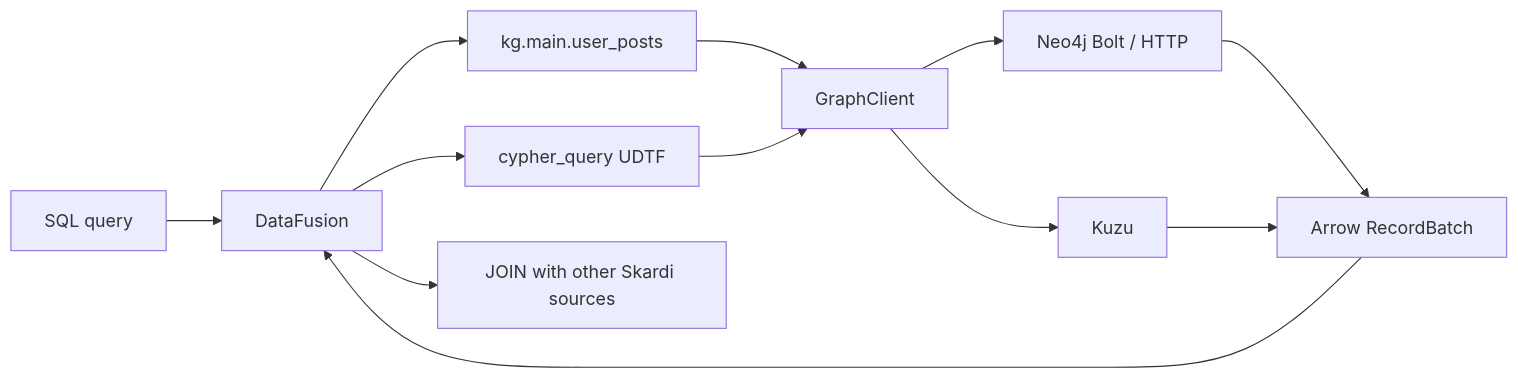
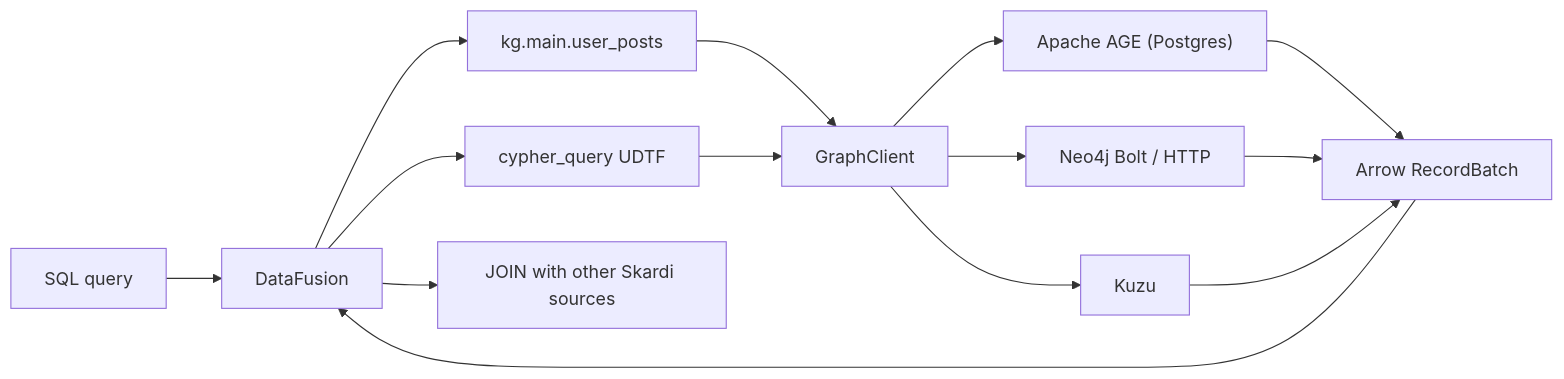
One commit to SkardiLabs/skardi changed the diagram in docs/superpowers/specs/2026-08-08-graph-engine-bypass-design.md. Above: the diagram before and after it, drawn with Mermaid. The commit also changed other lines of this file, not shown here.

````diff
--- a/docs/superpowers/specs/2026-08-08-graph-engine-bypass-design.md
+++ b/docs/superpowers/specs/2026-08-08-graph-engine-bypass-design.md
@@ -270,14 +301,16 @@
 ```mermaid
 flowchart LR
     SQL["SQL query"] --> DF["DataFusion"]
     DF --> Catalog["kg.main.user_posts"]
     DF --> UDTF["cypher_query UDTF"]
     Catalog --> Client["GraphClient"]
     UDTF --> Client
+    Client --> AGE["Apache AGE (Postgres)"]
     Client --> Neo4j["Neo4j Bolt / HTTP"]
     Client --> Kuzu["Kuzu"]
-    Neo4j --> Rows["Arrow RecordBatch"]
+    AGE --> Rows["Arrow RecordBatch"]
+    Neo4j --> Rows
     Kuzu --> Rows
     Rows --> DF
     DF --> Join["JOIN with other Skardi sources"]
 ```
````
